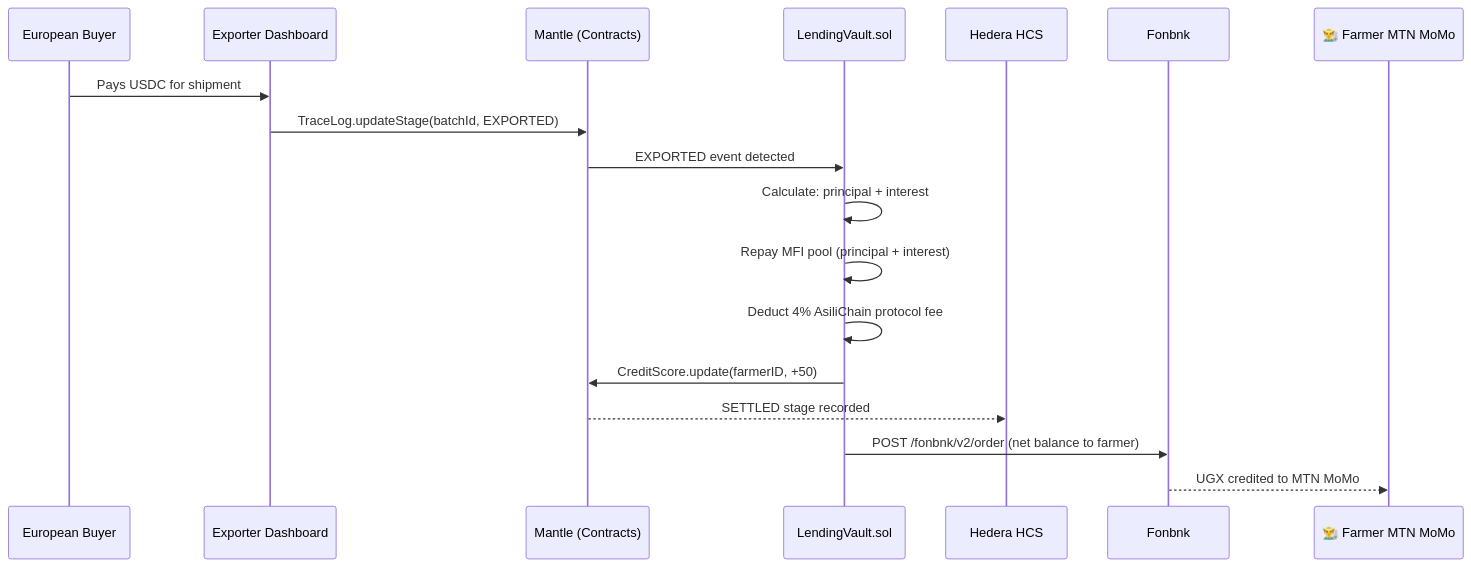
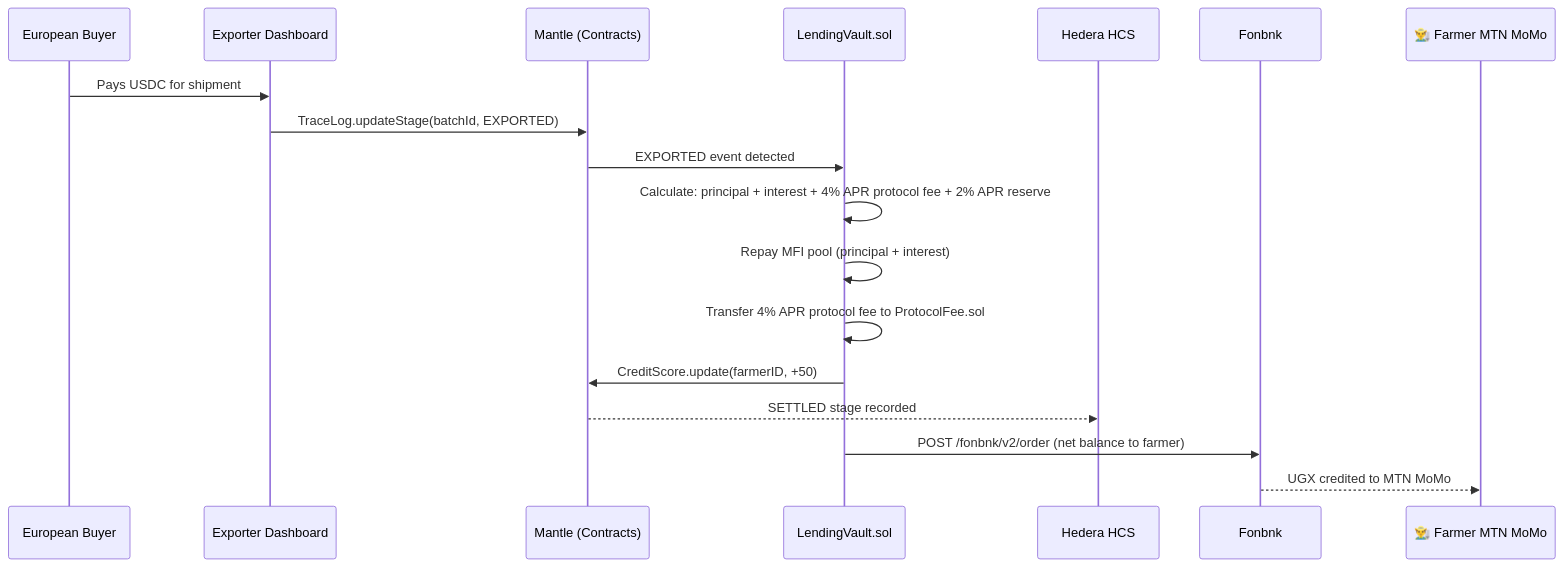
One commit to AsiliChain/docs changed the diagram in src/content/docs/overview/auto-repayment.mdx. Above: the diagram before and after it, drawn with Mermaid. The commit also changed other lines of this file and 12 other files, not shown here.

First line of the commit message:
docs: align docs with Sprint 3 — agent cap, APR fees, credit loss reserve, identity registry

````diff
--- a/src/content/docs/overview/auto-repayment.mdx
+++ b/src/content/docs/overview/auto-repayment.mdx
@@ -11,20 +11,20 @@
 ```mermaid
 sequenceDiagram
     participant BUY as European Buyer
     participant EXP as Exporter Dashboard
     participant M as Mantle (Contracts)
     participant LV as LendingVault.sol
     participant H as Hedera HCS
     participant FB as Fonbnk
     participant F as 👨‍🌾 Farmer MTN MoMo
     BUY->>EXP: Pays USDC for shipment
     EXP->>M: TraceLog.updateStage(batchId, EXPORTED)
     M->>LV: EXPORTED event detected
-    LV->>LV: Calculate: principal + interest
+    LV->>LV: Calculate: principal + interest + 4% APR protocol fee + 2% APR reserve
     LV->>LV: Repay MFI pool (principal + interest)
-    LV->>LV: Deduct 4% AsiliChain protocol fee
+    LV->>LV: Transfer 4% APR protocol fee to ProtocolFee.sol
     LV->>M: CreditScore.update(farmerID, +50)
     M-->>H: SETTLED stage recorded
     LV->>FB: POST /fonbnk/v2/order (net balance to farmer)
     FB-->>F: UGX credited to MTN MoMo
 ```
````
